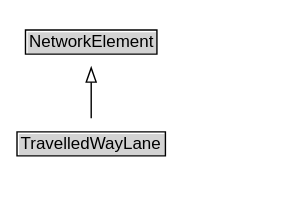
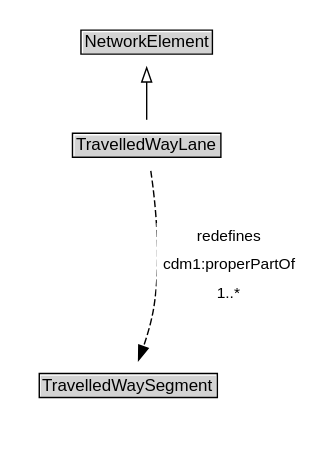
The diagram in docs/diagrams/TravelledWayLane.dot (ISO-TC204/ontology-cdm-p3-v1), drawn with Graphviz before and after one commit. The commit also changed 348 other files, not shown here.

```diff
--- a/docs/diagrams/TravelledWayLane.dot
+++ b/docs/diagrams/TravelledWayLane.dot
@@ -1,16 +1,24 @@
 // Diagram for TravelledWayLane
 digraph {
 	graph [overlap=false rankdir=TB splines=true]
 	node [fontname=Arial fontsize=12 margin=0 shape=none]
 	edge [fontname=Arial fontsize=11]
 	{
+		rank=source
+		NetworkElement [label=<<TABLE BORDER="1" CELLBORDER="0" CELLSPACING="0" CELLPADDING="1"><TR><TD BGCOLOR="lightgray" ALIGN="CENTER">NetworkElement</TD></TR></TABLE>> URL="../NetworkElement" margin=0]
+	}
+	TravelledWayLane [label=<<TABLE BORDER="1" CELLBORDER="0" CELLSPACING="0" CELLPADDING="1"><TR><TD BGCOLOR="lightgray" ALIGN="CENTER">TravelledWayLane</TD></TR></TABLE>> URL="../TravelledWayLane" margin=0]
+	{
 		rank=max
-		TravelledWayLane [label=<<TABLE BORDER="1" CELLBORDER="0" CELLSPACING="0" CELLPADDING="1"><TR><TD BGCOLOR="lightgray" ALIGN="CENTER" PORT="e">TravelledWayLane</TD></TR></TABLE>> URL="../TravelledWayLane.md" margin=0]
 	}
 	subgraph cluster_associated {
 		label="" style=invis
 		Invis [label=<<TABLE BORDER="0" CELLBORDER="0" CELLSPACING="0" CELLPADDING="1"><TR><TD></TD></TR></TABLE>> margin=0 style=invis]
+		TravelledWaySegment [label=<<TABLE BORDER="1" CELLBORDER="0" CELLSPACING="0" CELLPADDING="1"><TR><TD BGCOLOR="lightgray" ALIGN="CENTER">TravelledWaySegment</TD></TR></TABLE>> URL="../TravelledWaySegment" margin=0]
 	}
-	NetworkElement [label=<<TABLE BORDER="1" CELLBORDER="0" CELLSPACING="0" CELLPADDING="1"><TR><TD BGCOLOR="lightgray" ALIGN="CENTER">NetworkElement</TD></TR></TABLE>> URL="../NetworkElement.md" margin=0]
 	TravelledWayLane -> NetworkElement [arrowhead=onormal style=solid]
+	TravelledWayLane -> Invis [style=invis]
+	Invis -> TravelledWaySegment [style=invis]
+	TravelledWaySegment [label=<<TABLE BORDER="1" CELLBORDER="0" CELLSPACING="0" CELLPADDING="1"><TR><TD BGCOLOR="lightgray" ALIGN="CENTER">TravelledWaySegment</TD></TR></TABLE>> URL="../TravelledWaySegment" margin=0]
+	TravelledWayLane -> TravelledWaySegment [label=<<TABLE BORDER="0" CELLBORDER="0" CELLSPACING="0" CELLPADDING="4" BGCOLOR="white"><TR><TD ALIGN="CENTER">redefines</TD></TR><TR><TD ALIGN="CENTER">cdm1:properPartOf</TD></TR><TR><TD ALIGN="CENTER">1..*</TD></TR></TABLE>> arrowhead=normal style=dashed]
 }
```
